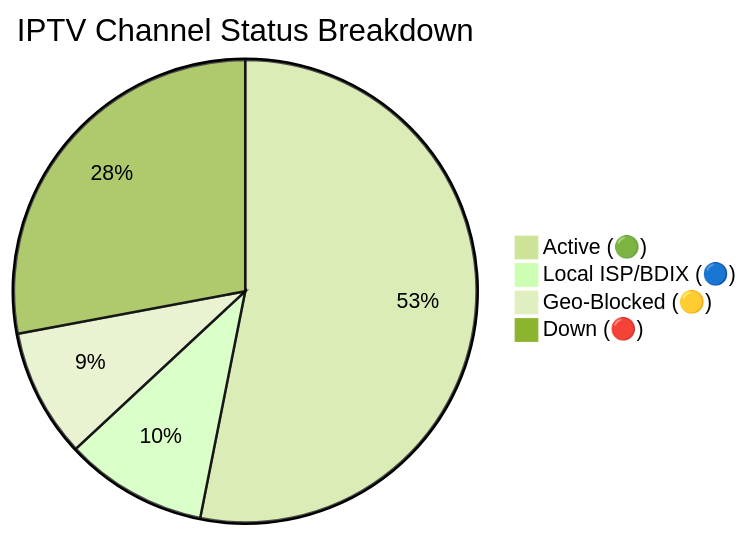
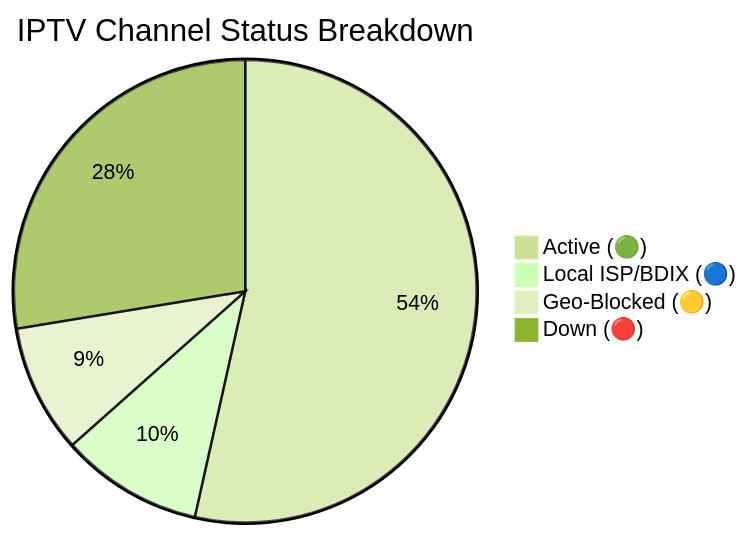
One commit to f6388600-ai/Web changed the diagram in README.md. Above: the diagram before and after it, drawn with Mermaid (forest theme). The commit also changed other lines of this file and 6 other files, not shown here.

````diff
--- a/README.md
+++ b/README.md
@@ -149,7 +149,7 @@
 ```mermaid
 pie title IPTV Channel Status Breakdown
-    "Active (🟢)" : 9337
-    "Local ISP/BDIX (🔵)" : 1750
-    "Geo-Blocked (🟡)" : 1578
-    "Down (🔴)" : 4912
+    "Active (🟢)" : 9416
+    "Local ISP/BDIX (🔵)" : 1748
+    "Geo-Blocked (🟡)" : 1581
+    "Down (🔴)" : 4855
 ```
````
